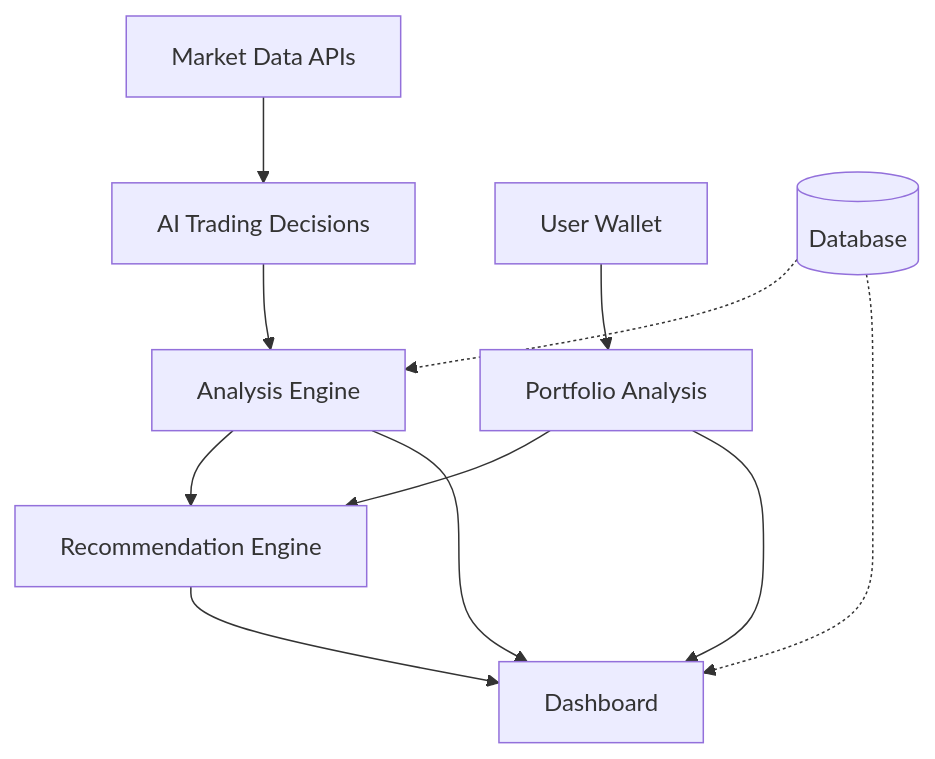
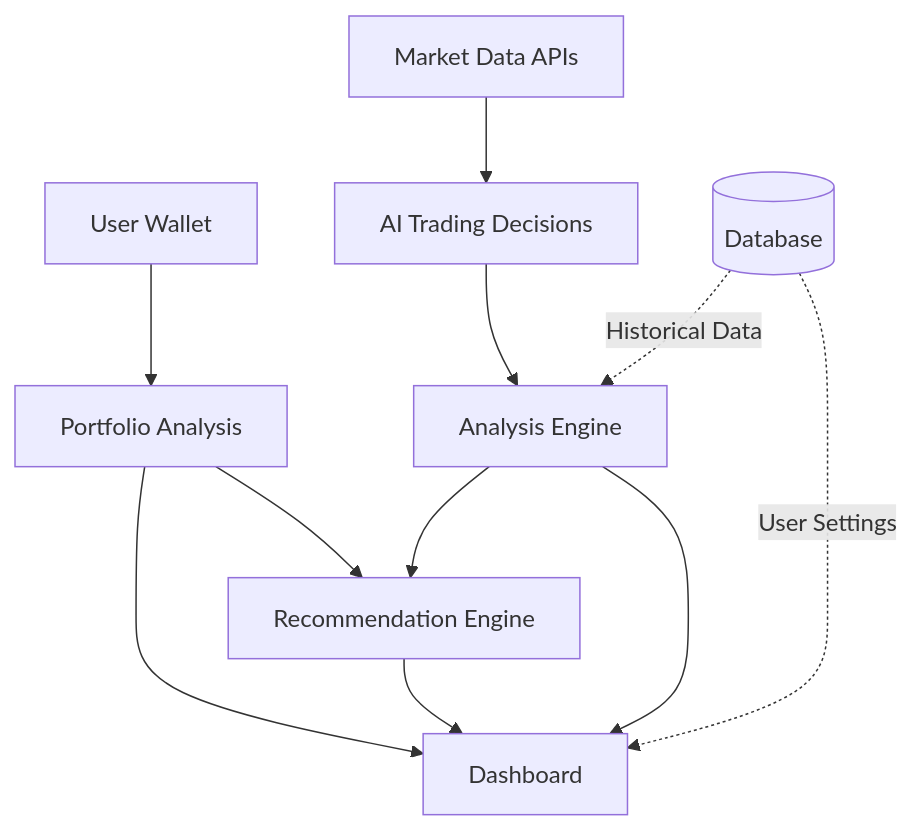
The diagram in README.md (Qbandev/stbchef), drawn with Mermaid before and after one commit. The commit also changed other lines of this file, not shown here.

Commit message:
fix: improve mermaid

````diff
--- a/README.md
+++ b/README.md
@@ -100,17 +100,13 @@
 ```mermaid
 graph TD
-    A[Market Data APIs] --> B[AI Trading Decisions]
-    
-    B --> C[Analysis Engine]
-    D[User Wallet] --> E[Portfolio Analysis]
-    
-    E --> F[Recommendation Engine]
-    C --> F
-    
-    F --> G[Dashboard]
-    C --> G
-    E --> G
-    
-    H[(Database)] -.-> C
-    H -.-> G
+    A[User Wallet] --> B[Portfolio Analysis]
+    C[Market Data APIs] --> D[AI Trading Decisions]
+    D --> E[Analysis Engine]
+    E --> H[Recommendation Engine]
+    B --> G
+    B --> H
+    F[(Database)]  -.->|Historical Data| E
+    F -.->|User Settings| G[Dashboard]
+    H --> G
+    E --> G 
 ```
````
